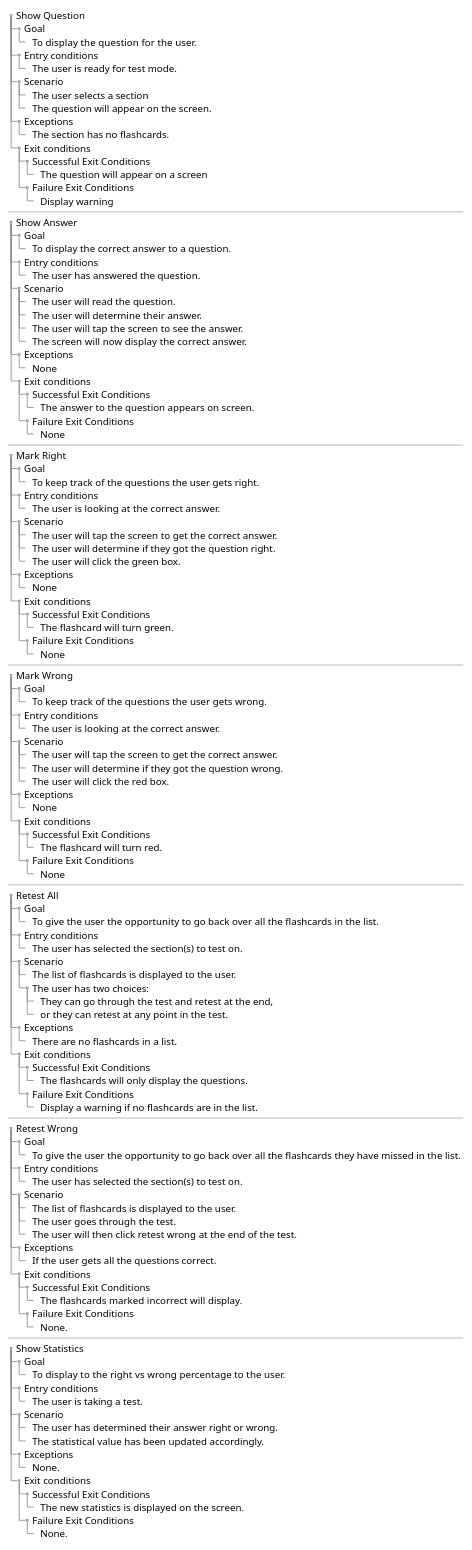
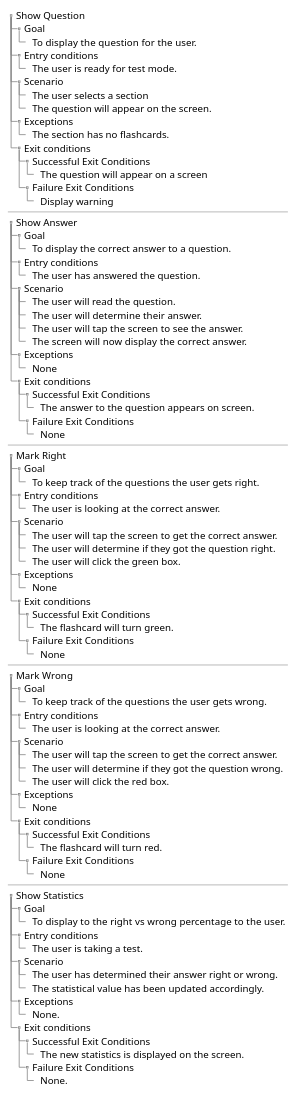
The diagram in app/UML/Usecases/TestingCards.puml (ultiferrago/ElStudioGato), drawn with PlantUML before and after one commit. The commit also changed 11 other files, not shown here.

Commit message:
UML update

```diff
--- a/app/UML/Usecases/TestingCards.puml
+++ b/app/UML/Usecases/TestingCards.puml
@@ -1,137 +1,98 @@
 @startsalt
 {
 {T
 + Show Question
 ++  Goal
 +++ To display the question for the user.
 ++ Entry conditions
 +++ The user is ready for test mode.
 ++ Scenario
 +++ The user selects a section
 +++ The question will appear on the screen.
 ++ Exceptions
 +++ The section has no flashcards.
 ++ Exit conditions
 +++ Successful Exit Conditions
 ++++ The question will appear on a screen
 +++ Failure Exit Conditions
 ++++ Display warning
 }
 ---
 {T
 + Show Answer
 ++  Goal
 +++ To display the correct answer to a question.
 ++ Entry conditions
 +++ The user has answered the question.
 ++ Scenario
 +++ The user will read the question.
 +++ The user will determine their answer.
 +++ The user will tap the screen to see the answer.
 +++ The screen will now display the correct answer.
 ++ Exceptions
 +++ None
 ++ Exit conditions
 +++ Successful Exit Conditions
 ++++ The answer to the question appears on screen.
 +++ Failure Exit Conditions
 ++++ None
 }
 ---
 {T
 + Mark Right
 ++  Goal
 +++ To keep track of the questions the user gets right.
 ++ Entry conditions
 +++ The user is looking at the correct answer.
 ++ Scenario
 +++ The user will tap the screen to get the correct answer.
 +++ The user will determine if they got the question right.
 +++ The user will click the green box.
 ++ Exceptions
 +++ None
 ++ Exit conditions
 +++ Successful Exit Conditions
 ++++ The flashcard will turn green.
 +++ Failure Exit Conditions
 ++++ None
 }
 ---
 {T
 + Mark Wrong
 ++  Goal
 +++ To keep track of the questions the user gets wrong.
 ++ Entry conditions
 +++ The user is looking at the correct answer.
 ++ Scenario
 +++ The user will tap the screen to get the correct answer.
 +++ The user will determine if they got the question wrong.
 +++ The user will click the red box.
 ++ Exceptions
 +++ None
 ++ Exit conditions
 +++ Successful Exit Conditions
 ++++ The flashcard will turn red.
 +++ Failure Exit Conditions
 ++++ None
 }
 ---
 {T
-+ Retest All
-++  Goal
-+++ To give the user the opportunity to go back over all the flashcards in the list.
-++ Entry conditions
-+++ The user has selected the section(s) to test on.
-++ Scenario
-+++ The list of flashcards is displayed to the user.
-+++ The user has two choices:
-++++ They can go through the test and retest at the end,
-++++ or they can retest at any point in the test.
-++ Exceptions
-+++ There are no flashcards in a list.
-++ Exit conditions
-+++ Successful Exit Conditions
-++++ The flashcards will only display the questions.
-+++ Failure Exit Conditions
-++++ Display a warning if no flashcards are in the list.
-}
----
-{T
-+ Retest Wrong
-++  Goal
-+++ To give the user the opportunity to go back over all the flashcards they have missed in the list.
-++ Entry conditions
-+++ The user has selected the section(s) to test on.
-++ Scenario
-+++ The list of flashcards is displayed to the user.
-+++ The user goes through the test.
-+++ The user will then click retest wrong at the end of the test.
-++ Exceptions
-+++ If the user gets all the questions correct.
-++ Exit conditions
-+++ Successful Exit Conditions
-++++ The flashcards marked incorrect will display.
-+++ Failure Exit Conditions
-++++ None.
-}
----
-{T
 + Show Statistics
 ++  Goal
 +++ To display to the right vs wrong percentage to the user.
 ++ Entry conditions
 +++ The user is taking a test.
 ++ Scenario
 +++ The user has determined their answer right or wrong.
 +++ The statistical value has been updated accordingly.
 ++ Exceptions
 +++ None.
 ++ Exit conditions
 +++ Successful Exit Conditions
 ++++ The new statistics is displayed on the screen.
 +++ Failure Exit Conditions
 ++++ None.
 }
 
 }
 @endsalt
```
